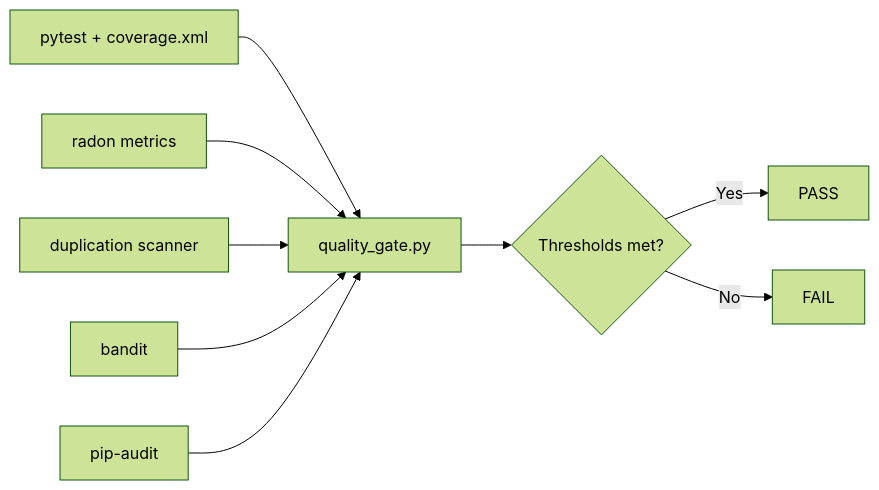
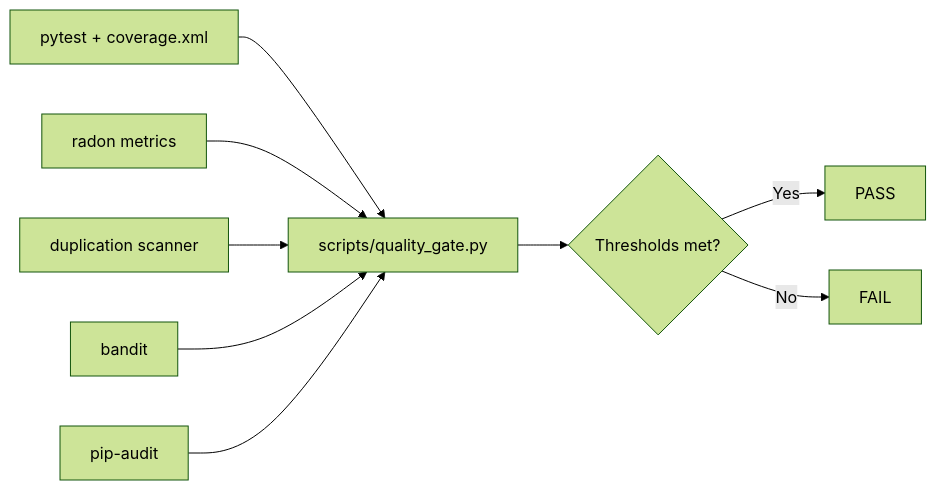
The diagram in docs/quality-gates.md (guillain/DJ-MIDI-Studio), drawn with Mermaid (forest theme) before and after one commit. The commit also changed other lines of this file and 10 other files, not shown here.

Commit message:
ci: automate quality gate and release screenshots

````diff
--- a/docs/quality-gates.md
+++ b/docs/quality-gates.md
@@ -28,11 +28,11 @@
 ```mermaid
 flowchart LR
-    A[pytest + coverage.xml] --> G[quality_gate.py]
+    A[pytest + coverage.xml] --> G[scripts/quality_gate.py]
     B[radon metrics] --> G
     C[duplication scanner] --> G
     D[bandit] --> G
     E[pip-audit] --> G
     G --> H{Thresholds met?}
     H -->|Yes| I[PASS]
     H -->|No| J[FAIL]
 ```
````
